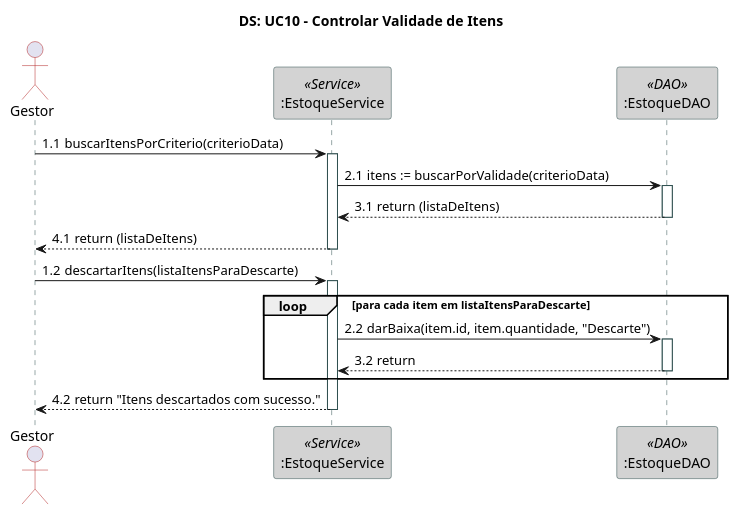
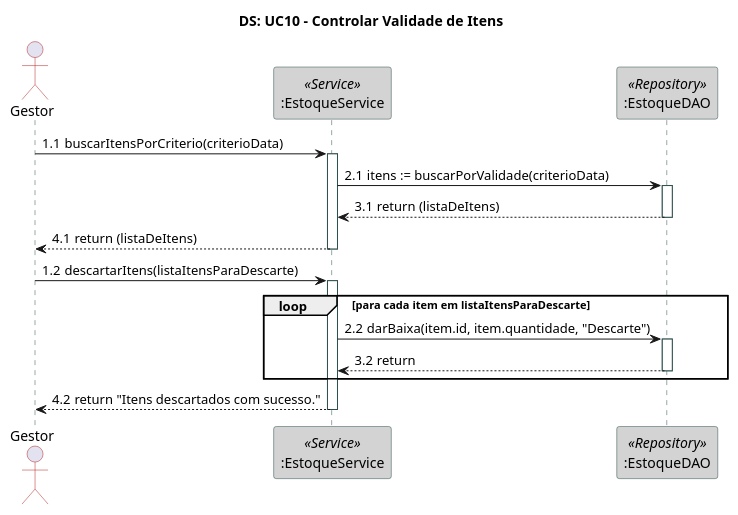
One commit to ps-es-2025-2/grupo4 changed the tenth of 10 diagrams in docs/documentos-finais-definitivos/3.7_3.9_3.10_Modelagens/3.9. Modelagem de Interações/3.9. Modelagem de Interações.md. Above: the diagram before and after it, drawn with PlantUML. The commit also changed other lines of this file and 29 other files, not shown here.

````diff
--- a/docs/documentos-finais-definitivos/3.7_3.9_3.10_Modelagens/3.9. Modelagem de Interações/3.9. Modelagem de Interações.md
+++ b/docs/documentos-finais-definitivos/3.7_3.9_3.10_Modelagens/3.9. Modelagem de Interações/3.9. Modelagem de Interações.md
@@ -768,68 +824,68 @@
 ```plantuml
 @startuml
 
 ' Diagrama de Sequência para UC10: Controlar Validade de Itens
 ' Baseado no Fluxo Básico.
 
 skinparam participant {
   BorderColor DarkSlateGray
   BackgroundColor LightGray
   ArrowColor Firebrick
 }
 
 skinparam sequence {
   LifeLineBorderColor DarkSlateGray
   ActorBorderColor Firebrick
 }
 
 title "DS: UC10 - Controlar Validade de Itens"
 
 actor Gestor as Actor
 
 ' Participantes baseados no Diagrama de Classes
 participant ":EstoqueService" as Service <<Service>>
-participant ":EstoqueDAO" as DAO <<DAO>>
+participant ":EstoqueDAO" as Repository <<Repository>>
 
 autonumber "0.1"
 
 ' Passo 1 e 2: Ator acessa função e informa critério
 ' (Inferindo um método de busca no Service)
 Actor -> Service: buscarItensPorCriterio(criterioData)
 activate Service
 
 ' Passo 3: O Sistema busca todos os Itens
 ' O método `buscarPorValidade` está no EstoqueDAO
-Service -> DAO: itens := buscarPorValidade(criterioData)
-activate DAO
-DAO --> Service: return (listaDeItens)
-deactivate DAO
+Service -> Repository: itens := buscarPorValidade(criterioData)
+activate Repository
+Repository --> Service: return (listaDeItens)
+deactivate Repository
 
 ' Passo 4: O Sistema exibe a lista
 Service --> Actor: return (listaDeItens)
 deactivate Service
 
 ' --- Fluxo de Descarte (separado, pois depende da ação do Gestor) ---
 
 autonumber "0.2"
 
 ' Passo 5: O Gestor seleciona os Itens e confirma a ação
 Actor -> Service: descartarItens(listaItensParaDescarte)
 activate Service
 
 ' Passo 6: O Sistema registra a saída por descarte
 ' Bloco 'loop' para iterar sobre os itens selecionados
 loop para cada item em listaItensParaDescarte
   ' Reutiliza o método `darBaixa` do UC05, mas com motivo "Descarte"
-  Service -> DAO: darBaixa(item.id, item.quantidade, "Descarte")
-  activate DAO
-  DAO --> Service: return
-  deactivate DAO
+  Service -> Repository: darBaixa(item.id, item.quantidade, "Descarte")
+  activate Repository
+  Repository --> Service: return
+  deactivate Repository
 end
 
 ' Passo 7: O caso de uso é encerrado
 Service --> Actor: return "Itens descartados com sucesso."
 
 deactivate Service
 
 @enduml
 ```
````
